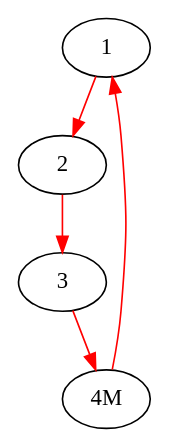
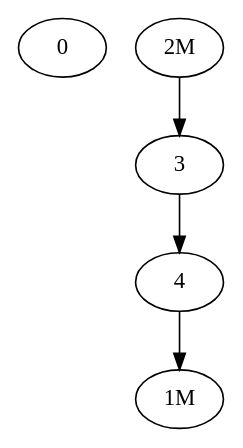
Before and after one commit to perpetualcoder/DistGC: the diagram in DGC/testcase1-out/testcase1-out_gv12.gv, drawn with Graphviz. The commit also changed 39 other files, not shown here.

```diff
--- a/DGC/testcase1-out/testcase1-out_gv12.gv
+++ b/DGC/testcase1-out/testcase1-out_gv12.gv
@@ -1,14 +1,7 @@
 Digraph G {
-edge [color=red];
-1->2;
-edge [color=black];
-edge [color=red];
-2->3;
-edge [color=black];
-edge [color=red];
-3->"4M";
-edge [color=black];
-edge [color=red];
-"4M"->1;
-edge [color=black];
+0;
+"1M";
+"2M"->3;
+3->4;
+4->"1M";
 }
```
